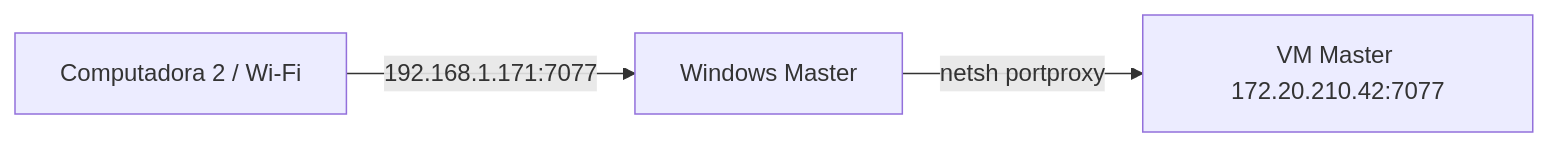
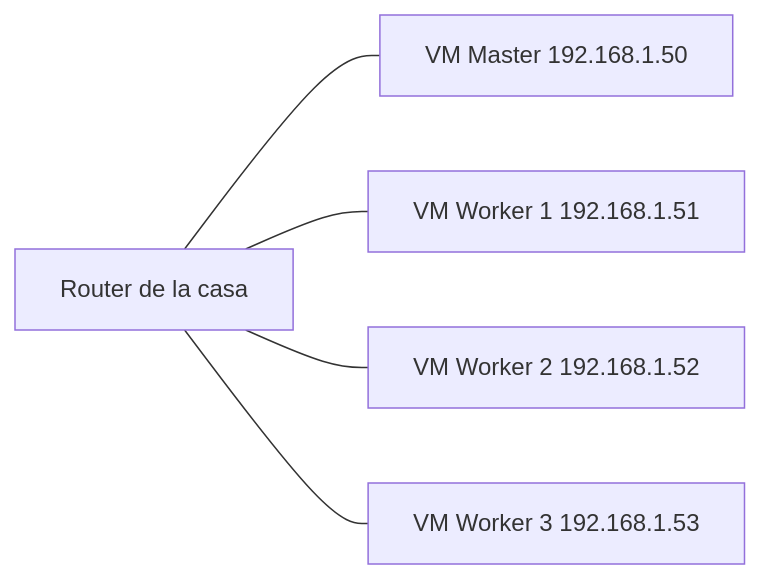
One commit to diegolojan12/ProyectoGrupal-apache_zeppelin_distribuido changed the second of 2 diagrams in README.md. Above: the diagram before and after it, drawn with Mermaid. The commit also changed other lines of this file, not shown here.

````diff
--- a/README.md
+++ b/README.md
@@ -358,5 +362,7 @@
 ```mermaid
 flowchart LR
-    A[Computadora 2 / Wi-Fi] -->|192.168.1.171:7077| B[Windows Master]
-    B -->|netsh portproxy| C[VM Master 172.20.210.42:7077]
+    R[Router de la casa] --- M[VM Master 192.168.1.50]
+    R --- W1[VM Worker 1 192.168.1.51]
+    R --- W2[VM Worker 2 192.168.1.52]
+    R --- W3[VM Worker 3 192.168.1.53]
 ```
````
